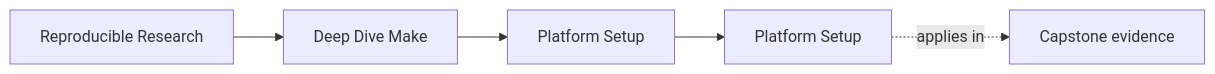
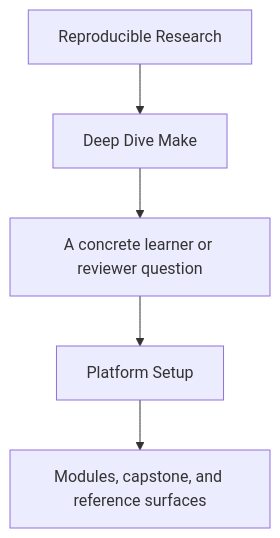
Before and after one commit to bijux/bijux-masterclass: the first of 2 diagrams in programs/reproducible-research/deep-dive-make/course-book/guides/platform-setup.md, drawn with Mermaid. The commit also changed other lines of this file and 29 other files, not shown here.

Commit message:
docs(deep-dive-make): sharpen guide and reference diagrams

````diff
--- a/programs/reproducible-research/deep-dive-make/course-book/guides/platform-setup.md
+++ b/programs/reproducible-research/deep-dive-make/course-book/guides/platform-setup.md
@@ -9,11 +9,7 @@
 ```mermaid
-graph LR
-  family["Reproducible Research"]
-  program["Deep Dive Make"]
-  section["Platform Setup"]
-  page["Platform Setup"]
-  capstone["Capstone evidence"]
-
-  family --> program --> section --> page
-  page -.applies in.-> capstone
+flowchart TD
+  family["Reproducible Research"] --> program["Deep Dive Make"]
+  program --> pressure["A concrete learner or reviewer question"]
+  pressure --> guide["Platform Setup"]
+  guide --> next["Modules, capstone, and reference surfaces"]
 ```
````
